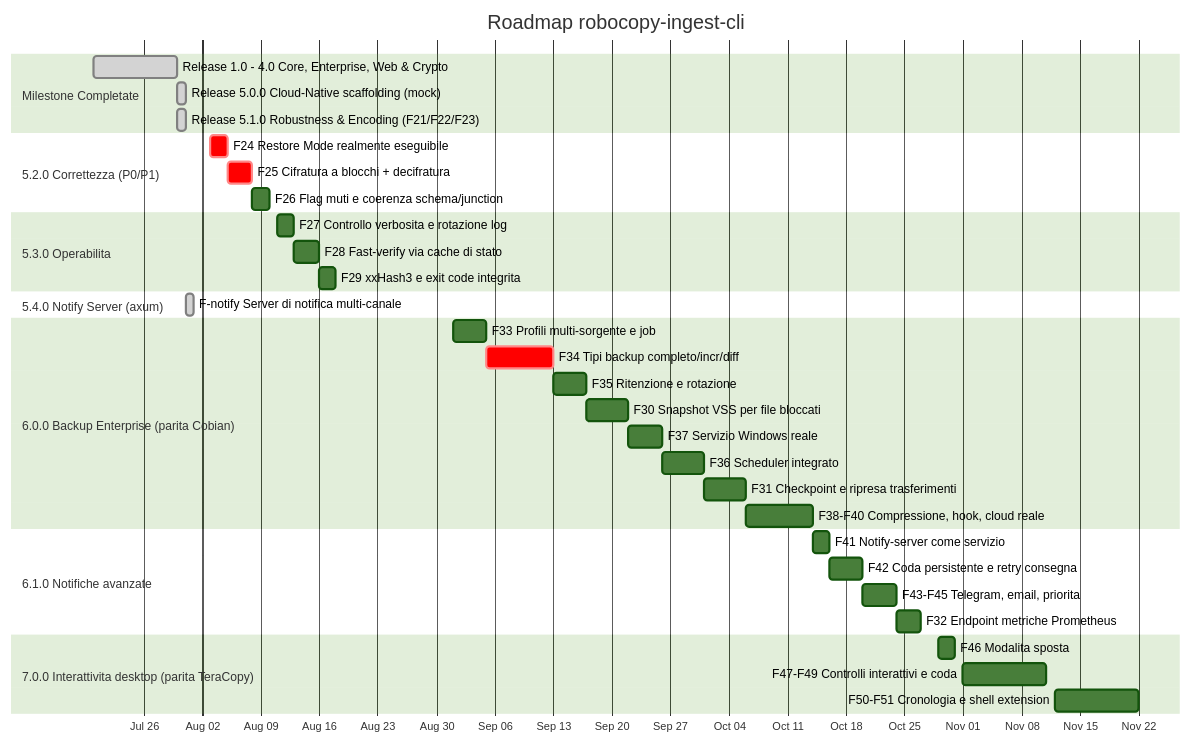
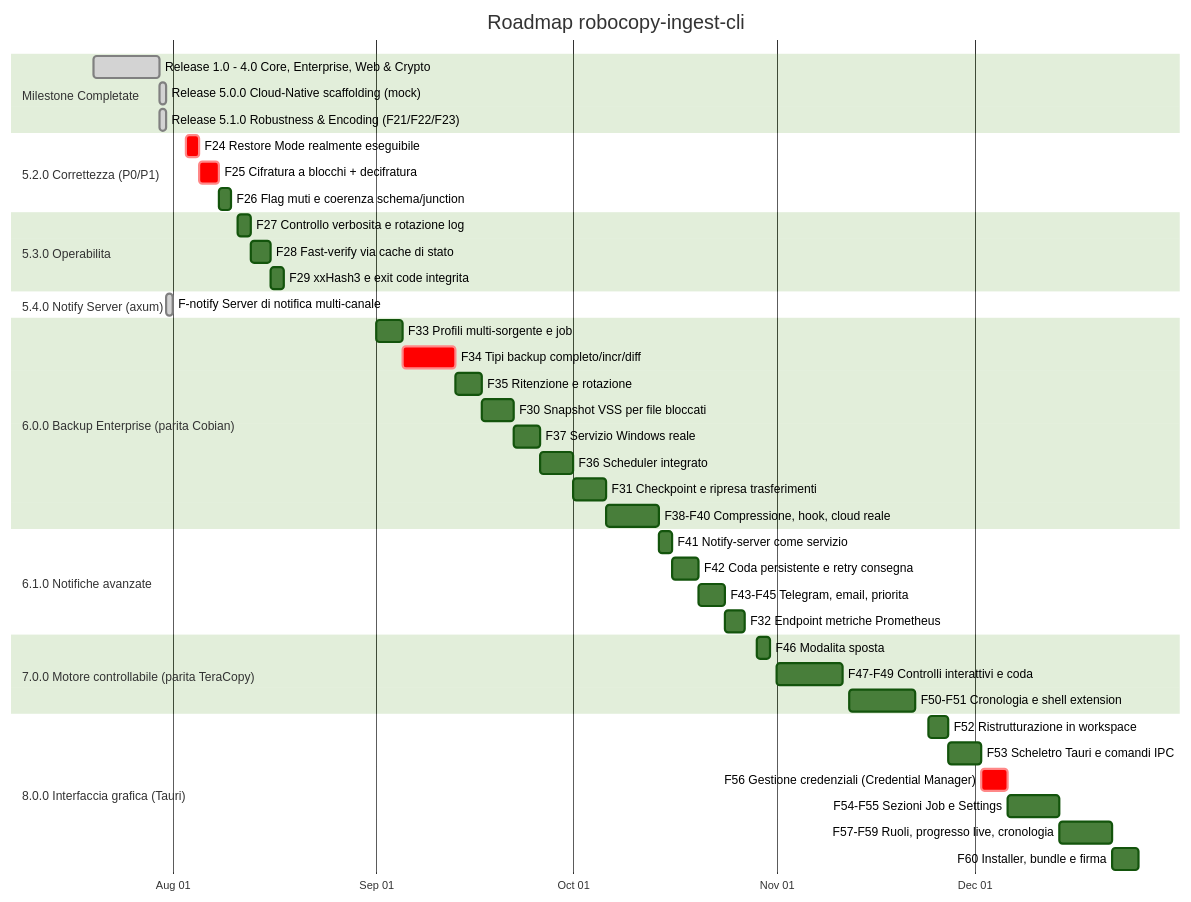
The diagram in ROADMAP.md (matrixNeo76/rustcopy), drawn with Mermaid (forest theme) before and after one commit. The commit also changed other lines of this file, not shown here.

````diff
--- a/ROADMAP.md
+++ b/ROADMAP.md
@@ -16,45 +16,53 @@
 ```mermaid
 gantt
     title Roadmap robocopy-ingest-cli
     dateFormat YYYY-MM-DD
     axisFormat %b %d
 
     section Milestone Completate
     Release 1.0 - 4.0 Core, Enterprise, Web & Crypto :done, m1, 2026-07-20, 10d
     Release 5.0.0 Cloud-Native scaffolding (mock)     :done, m2, 2026-07-30, 1d
     Release 5.1.0 Robustness & Encoding (F21/F22/F23) :done, m3, 2026-07-30, 1d
 
     section 5.2.0 Correttezza (P0/P1)
     F24 Restore Mode realmente eseguibile             :crit, f24, 2026-08-03, 2d
     F25 Cifratura a blocchi + decifratura             :crit, f25, 2026-08-05, 3d
     F26 Flag muti e coerenza schema/junction          :f26, 2026-08-08, 2d
 
     section 5.3.0 Operabilita
     F27 Controllo verbosita e rotazione log           :f27, 2026-08-11, 2d
     F28 Fast-verify via cache di stato                :f28, 2026-08-13, 3d
     F29 xxHash3 e exit code integrita                 :f29, 2026-08-16, 2d
 
     section 5.4.0 Notify Server (axum)
     F-notify Server di notifica multi-canale          :done, fns, 2026-07-31, 1d
 
     section 6.0.0 Backup Enterprise (parita Cobian)
     F33 Profili multi-sorgente e job                  :f33, 2026-09-01, 4d
     F34 Tipi backup completo/incr/diff                :crit, f34, 2026-09-05, 8d
     F35 Ritenzione e rotazione                        :f35, 2026-09-13, 4d
     F30 Snapshot VSS per file bloccati                :f30, 2026-09-17, 5d
     F37 Servizio Windows reale                        :f37, 2026-09-22, 4d
     F36 Scheduler integrato                           :f36, 2026-09-26, 5d
     F31 Checkpoint e ripresa trasferimenti            :f31, 2026-10-01, 5d
     F38-F40 Compressione, hook, cloud reale           :f38, 2026-10-06, 8d
 
     section 6.1.0 Notifiche avanzate
     F41 Notify-server come servizio                   :f41, 2026-10-14, 2d
     F42 Coda persistente e retry consegna             :f42, 2026-10-16, 4d
     F43-F45 Telegram, email, priorita                 :f43, 2026-10-20, 4d
     F32 Endpoint metriche Prometheus                  :f32, 2026-10-24, 3d
 
-    section 7.0.0 Interattivita desktop (parita TeraCopy)
+    section 7.0.0 Motore controllabile (parita TeraCopy)
     F46 Modalita sposta                               :f46, 2026-10-29, 2d
     F47-F49 Controlli interattivi e coda              :f47, 2026-11-01, 10d
     F50-F51 Cronologia e shell extension              :f50, 2026-11-12, 10d
+
+    section 8.0.0 Interfaccia grafica (Tauri)
+    F52 Ristrutturazione in workspace                 :f52, 2026-11-24, 3d
+    F53 Scheletro Tauri e comandi IPC                 :f53, 2026-11-27, 5d
+    F56 Gestione credenziali (Credential Manager)     :crit, f56, 2026-12-02, 4d
+    F54-F55 Sezioni Job e Settings                    :f54, 2026-12-06, 8d
+    F57-F59 Ruoli, progresso live, cronologia         :f57, 2026-12-14, 8d
+    F60 Installer, bundle e firma                     :f60, 2026-12-22, 4d
 ```
````
